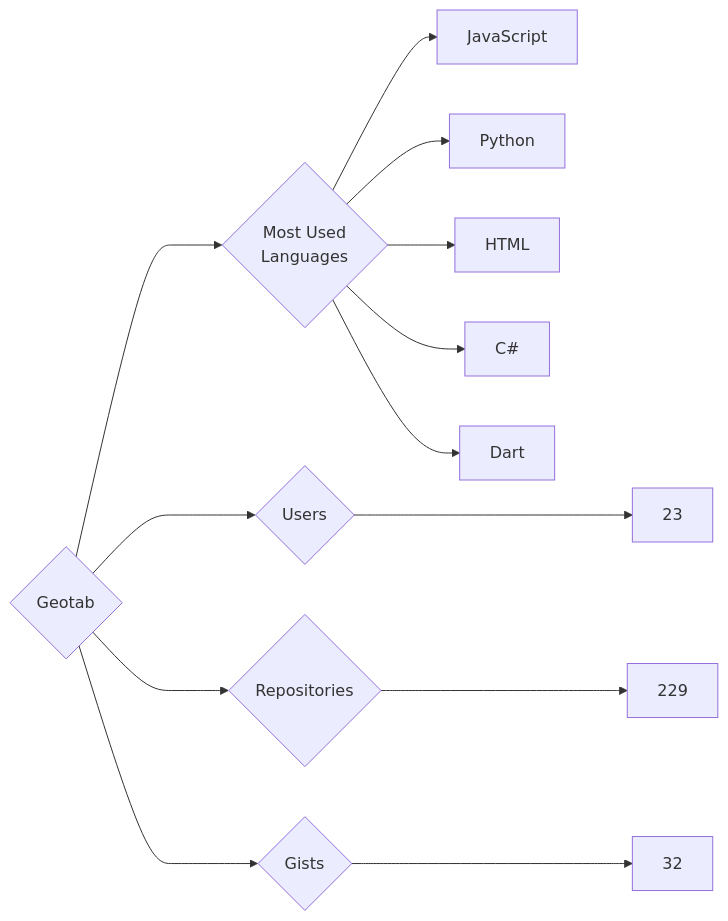
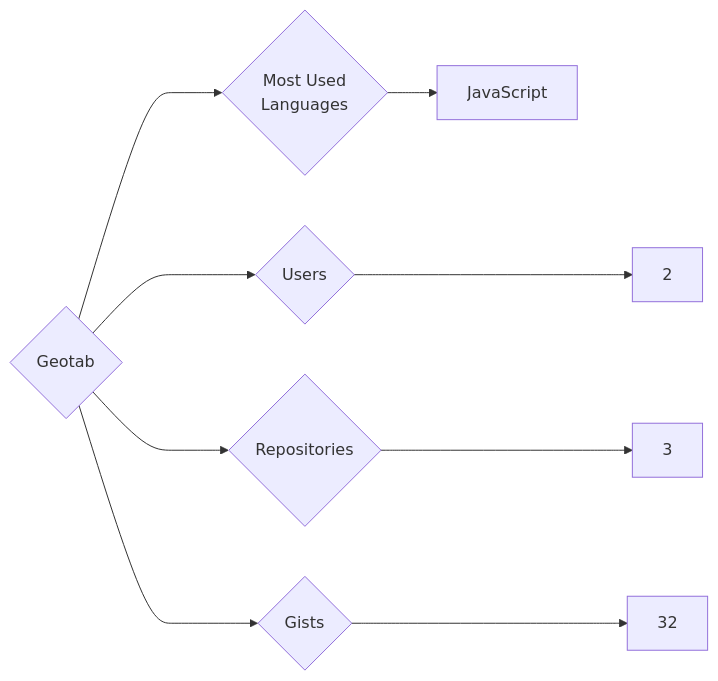
The diagram in targets/Geotab/README.md (trickest/insiders), drawn with Mermaid before and after one commit. The commit also changed 748 other files, not shown here.

````diff
--- a/targets/Geotab/README.md
+++ b/targets/Geotab/README.md
@@ -3,13 +3,9 @@
 ```mermaid
 graph LR
 COMPANY_NAME{Geotab}
-COMPANY_NAME ---> U{Users} ---> UN[23]
-COMPANY_NAME ---> R{Repositories} ---> RN[229]
+COMPANY_NAME ---> U{Users} ---> UN[2]
+COMPANY_NAME ---> R{Repositories} ---> RN[3]
 COMPANY_NAME ---> G{Gists} ---> GN[32]
 COMPANY_NAME ---> ML{Most Used<br>Languages}
 ML --> JavaScript[JavaScript]
-ML --> Python[Python]
-ML --> HTML[HTML]
-ML --> C#[C#]
-ML --> Dart[Dart]
 ```
````
